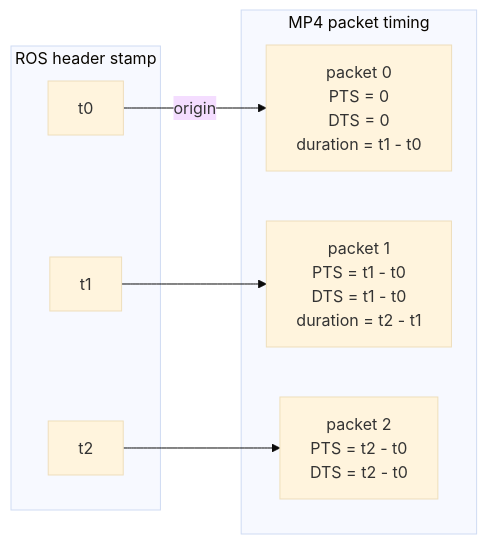
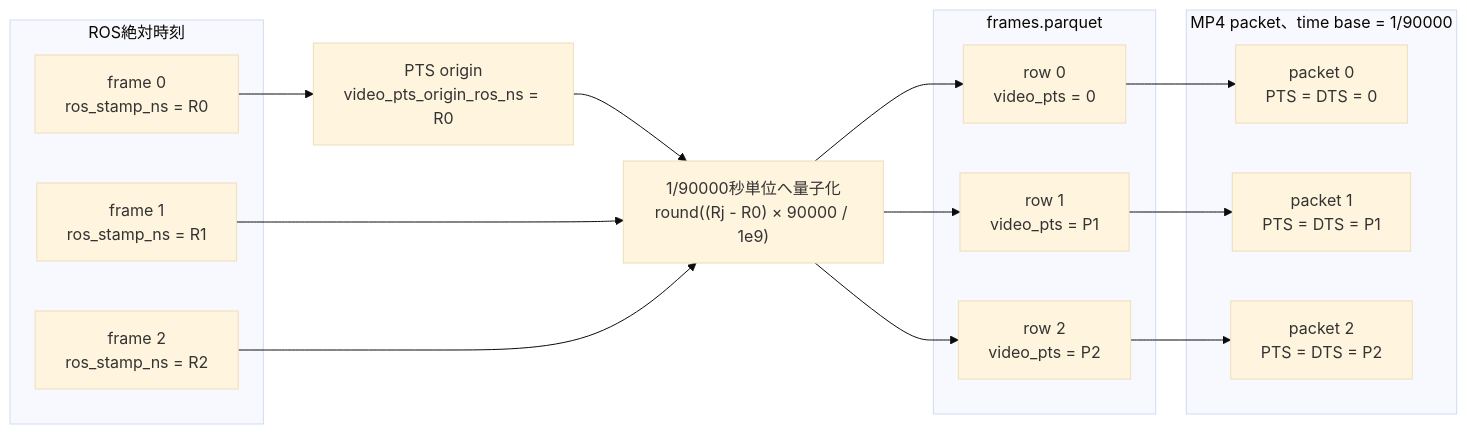
One commit to takatronix/fluent_vision_ros2 changed the third of 11 diagrams in src/streaming/fv_lerobot_exporter/docs/lerobot_dataset_export.md. Above: the diagram before and after it, drawn with Mermaid (base theme). The commit also changed other lines of this file and 21 other files, not shown here.

````diff
--- a/src/streaming/fv_lerobot_exporter/docs/lerobot_dataset_export.md
+++ b/src/streaming/fv_lerobot_exporter/docs/lerobot_dataset_export.md
@@ -200,18 +259,30 @@
 ```mermaid
 flowchart LR
-    subgraph ROS["ROS header stamp"]
-        T0["t0"]
-        T1["t1"]
-        T2["t2"]
+    subgraph ROS["ROS絶対時刻"]
+        T0["frame 0<br/>ros_stamp_ns = R0"]
+        T1["frame 1<br/>ros_stamp_ns = R1"]
+        T2["frame 2<br/>ros_stamp_ns = R2"]
     end
 
-    subgraph MP4["MP4 packet timing"]
-        P0["packet 0<br/>PTS = 0<br/>DTS = 0<br/>duration = t1 - t0"]
-        P1["packet 1<br/>PTS = t1 - t0<br/>DTS = t1 - t0<br/>duration = t2 - t1"]
-        P2["packet 2<br/>PTS = t2 - t0<br/>DTS = t2 - t0"]
+    ORIGIN["PTS origin<br/>video_pts_origin_ros_ns = R0"]
+    QUANTIZE["1/90000秒単位へ量子化<br/>round((Rj - R0) × 90000 / 1e9)"]
+
+    subgraph SIDECAR["frames.parquet"]
+        S0["row 0<br/>video_pts = 0"]
+        S1["row 1<br/>video_pts = P1"]
+        S2["row 2<br/>video_pts = P2"]
     end
 
-    T0 -->|"origin"| P0
-    T1 --> P1
-    T2 --> P2
+    subgraph MP4["MP4 packet、time base = 1/90000"]
+        M0["packet 0<br/>PTS = DTS = 0"]
+        M1["packet 1<br/>PTS = DTS = P1"]
+        M2["packet 2<br/>PTS = DTS = P2"]
+    end
+
+    T0 --> ORIGIN --> QUANTIZE
+    T1 --> QUANTIZE
+    T2 --> QUANTIZE
+    QUANTIZE --> S0 --> M0
+    QUANTIZE --> S1 --> M1
+    QUANTIZE --> S2 --> M2
 ```
````
